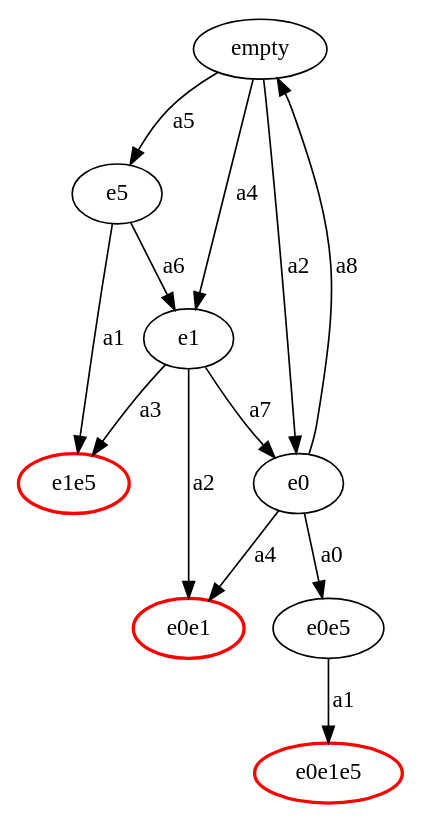
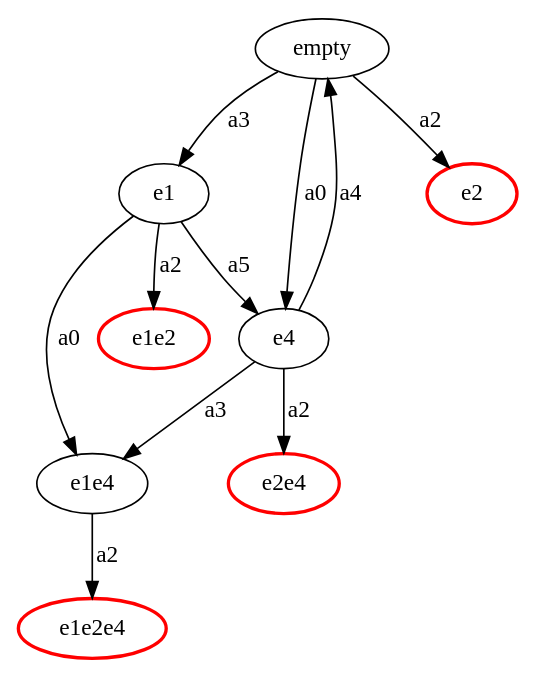
Before and after one commit to ryysd/PrototypePOR: the diagram in tmp/full.dot, drawn with Graphviz. The commit also changed 10 other files, not shown here.

```diff
--- a/tmp/full.dot
+++ b/tmp/full.dot
@@ -1,21 +1,20 @@
 strict digraph {
-  empty -> e5 [label="a0", ];
-  empty -> e1 [label="a1", ];
-  empty -> e0 [label="a2", ];
-  empty -> e5 [label="a3", ];
-  empty -> e1 [label="a4", ];
-  empty -> e5 [label="a5", ];
-  e5 -> e1e5 [label="a1", ];
-  e5 -> e1 [label="a6", ];
-  e1 -> e0e1 [label="a2", ];
-  e1 -> e1e5 [label="a3", ];
-  e1 -> e0 [label="a7", ];
-  e0 -> e0e5 [label="a0", ];
-  e0 -> e0e1 [label="a1", ];
-  e0 -> e0e1 [label="a4", ];
-  e0 -> empty [label="a8", ];
-  e0e1 [color=red, style=bold]
-  e0e5 -> e0e1e5 [label="a1", ];
-  e0e1e5 [color=red, style=bold]
-  e1e5 [color=red, style=bold]
+  empty -> e4 [label="a0", ];
+  empty -> e2 [label="a1", ];
+  empty -> e2 [label="a2", ];
+  empty -> e1 [label="a3", ];
+  e1 -> e1e4 [label="a0", ];
+  e1 -> e1e2 [label="a1", ];
+  e1 -> e1e2 [label="a2", ];
+  e1 -> e4 [label="a5", ];
+  e4 -> e2e4 [label="a1", ];
+  e4 -> e2e4 [label="a2", ];
+  e4 -> e1e4 [label="a3", ];
+  e4 -> empty [label="a4", ];
+  e1e4 -> e1e2e4 [label="a1", ];
+  e1e4 -> e1e2e4 [label="a2", ];
+  e1e2e4 [color=red, style=bold]
+  e2e4 [color=red, style=bold]
+  e1e2 [color=red, style=bold]
+  e2 [color=red, style=bold]
 }
```
